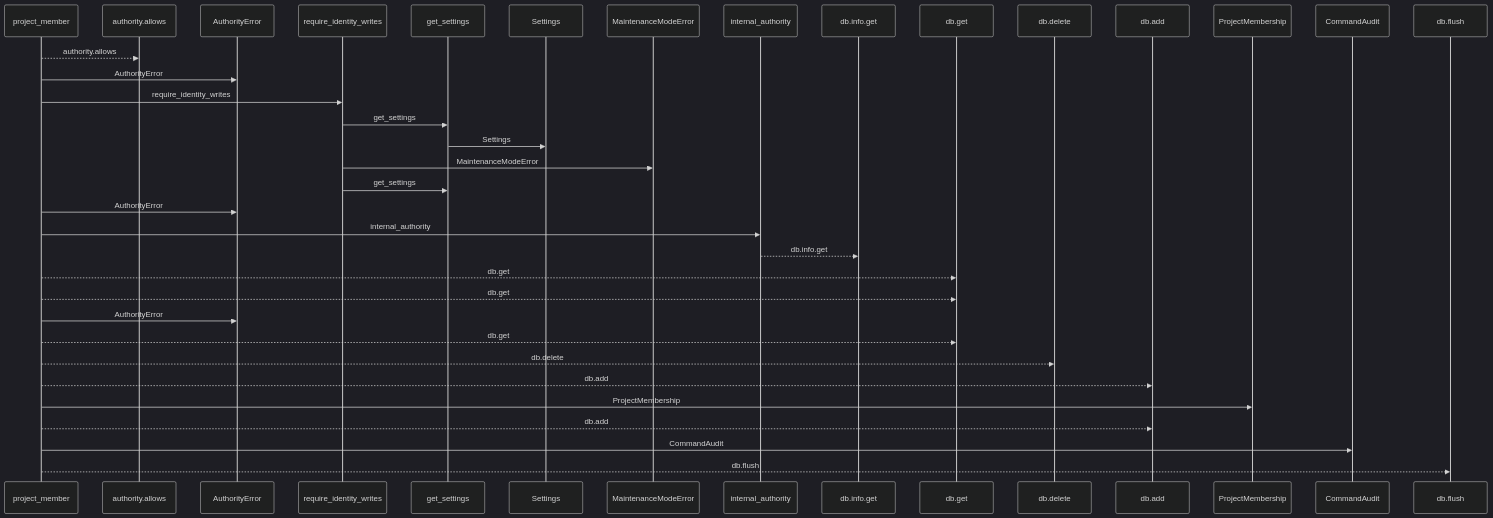
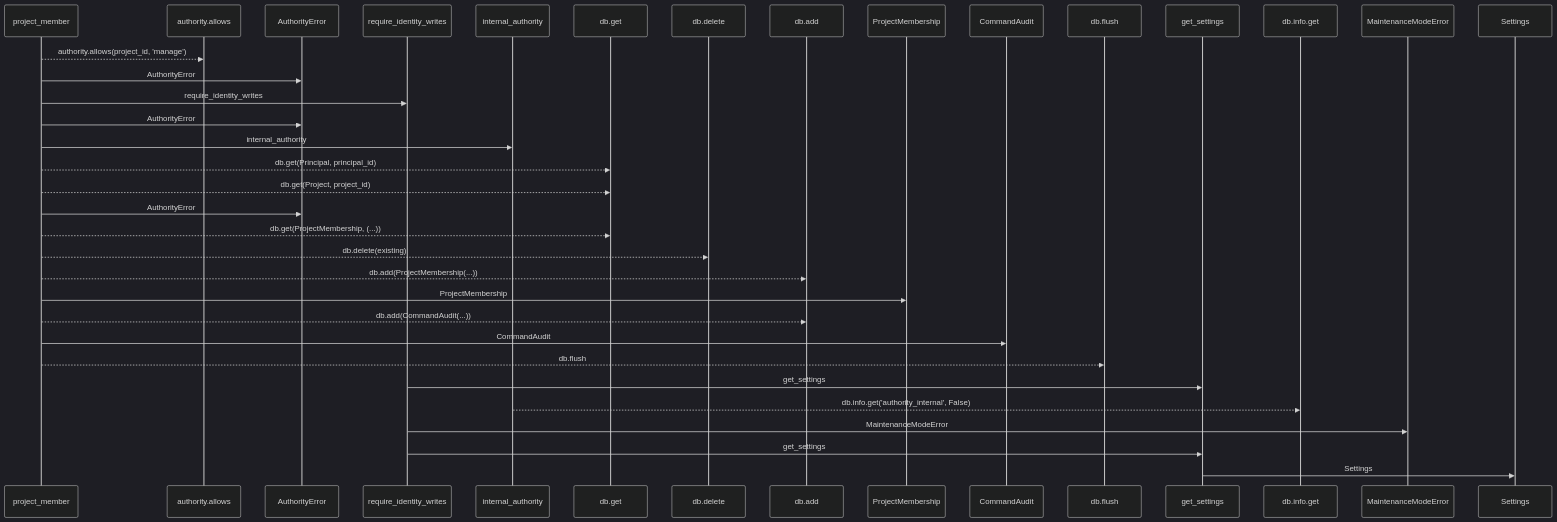
Before and after one commit to Denissvgn/WorkChord: the first of 2 diagrams in docs/llm_wiki/flows/http-project_member.md, drawn with Mermaid (dark theme). The commit also changed other lines of this file and 25171 other files, not shown here.

````diff
--- a/docs/llm_wiki/flows/http-project_member.md
+++ b/docs/llm_wiki/flows/http-project_member.md
@@ -19,38 +21,38 @@
 ```mermaid
 sequenceDiagram
     participant p0 as project_member
     participant p1 as authority.allows
     participant p2 as AuthorityError
     participant p3 as require_identity_writes
-    participant p4 as get_settings
-    participant p5 as Settings
-    participant p6 as MaintenanceModeError
-    participant p7 as internal_authority
-    participant p8 as db.info.get
-    participant p9 as db.get
-    participant p10 as db.delete
-    participant p11 as db.add
-    participant p12 as ProjectMembership
-    participant p13 as CommandAudit
-    participant p14 as db.flush
-    p0-->>p1: authority.allows
+    participant p4 as internal_authority
+    participant p5 as db.get
+    participant p6 as db.delete
+    participant p7 as db.add
+    participant p8 as ProjectMembership
+    participant p9 as CommandAudit
+    participant p10 as db.flush
+    participant p11 as get_settings
+    participant p12 as db.info.get
+    participant p13 as MaintenanceModeError
+    participant p14 as Settings
+    p0-->>p1: authority.allows(project_id, 'manage')
     p0->>p2: AuthorityError
     p0->>p3: require_identity_writes
-    p3->>p4: get_settings
-    p4->>p5: Settings
-    p3->>p6: MaintenanceModeError
-    p3->>p4: get_settings
     p0->>p2: AuthorityError
-    p0->>p7: internal_authority
-    p7-->>p8: db.info.get
-    p0-->>p9: db.get
-    p0-->>p9: db.get
+    p0->>p4: internal_authority
+    p0-->>p5: db.get(Principal, principal_id)
+    p0-->>p5: db.get(Project, project_id)
     p0->>p2: AuthorityError
-    p0-->>p9: db.get
-    p0-->>p10: db.delete
-    p0-->>p11: db.add
-    p0->>p12: ProjectMembership
-    p0-->>p11: db.add
-    p0->>p13: CommandAudit
-    p0-->>p14: db.flush
+    p0-->>p5: db.get(ProjectMembership, (...))
+    p0-->>p6: db.delete(existing)
+    p0-->>p7: db.add(ProjectMembership(...))
+    p0->>p8: ProjectMembership
+    p0-->>p7: db.add(CommandAudit(...))
+    p0->>p9: CommandAudit
+    p0-->>p10: db.flush
+    p3->>p11: get_settings
+    p4-->>p12: db.info.get('authority_internal', False)
+    p3->>p13: MaintenanceModeError
+    p3->>p11: get_settings
+    p11->>p14: Settings
 ```
````
